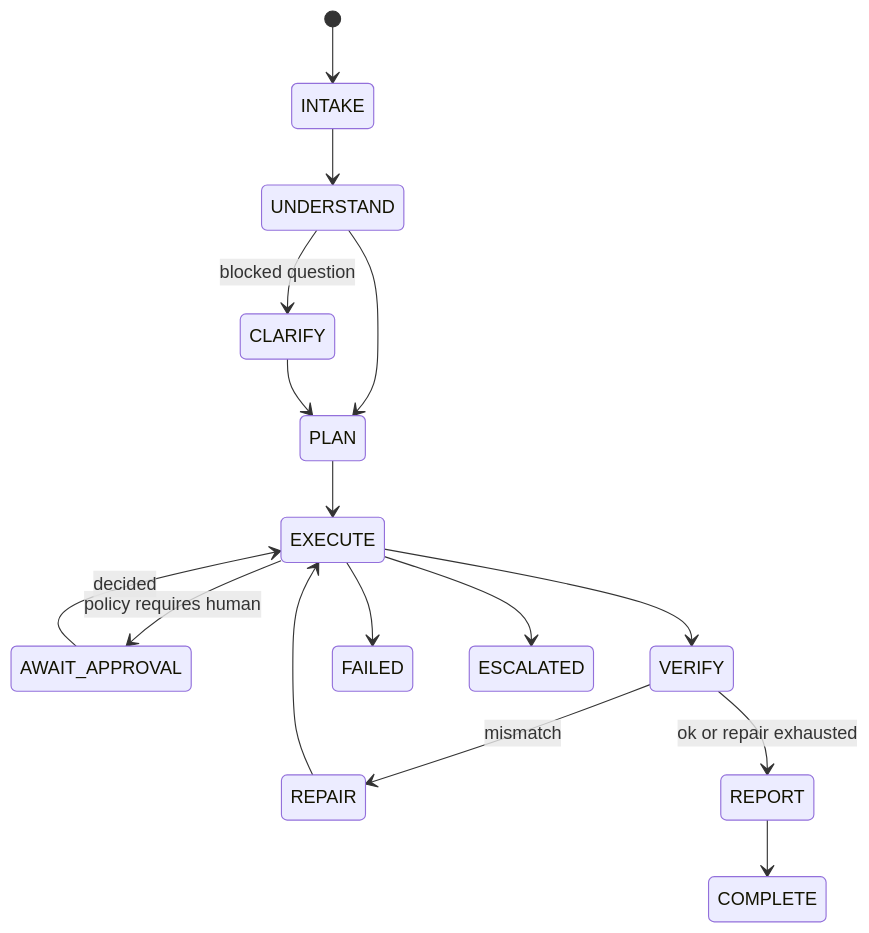
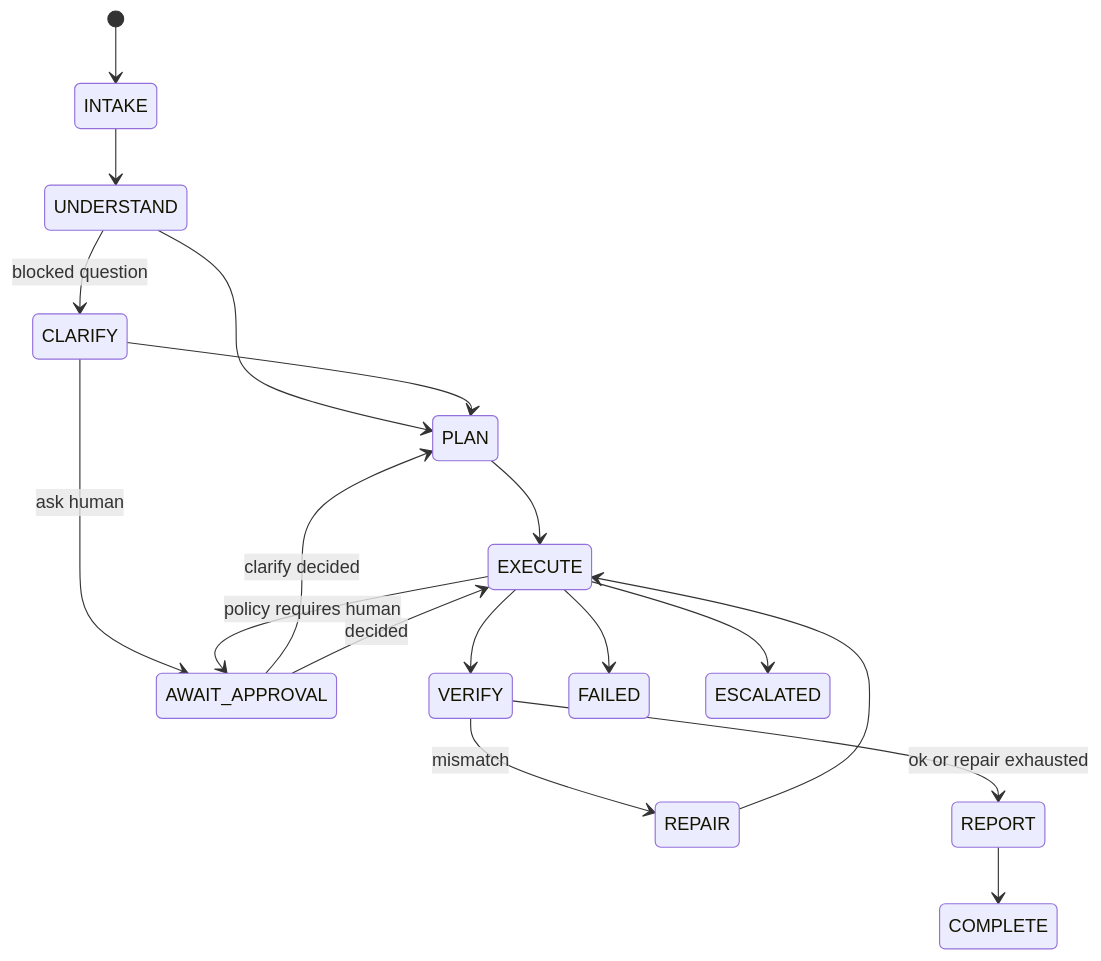
One commit to Strider1881/Arka changed the first of 3 diagrams in docs/ARCHITECTURE.md. Above: the diagram before and after it, drawn with Mermaid. The commit also changed other lines of this file and 32 other files, not shown here.

````diff
--- a/docs/ARCHITECTURE.md
+++ b/docs/ARCHITECTURE.md
@@ -8,18 +8,20 @@
 ```mermaid
 stateDiagram-v2
     [*] --> INTAKE
     INTAKE --> UNDERSTAND
     UNDERSTAND --> PLAN
     UNDERSTAND --> CLARIFY: blocked question
     CLARIFY --> PLAN
+    CLARIFY --> AWAIT_APPROVAL: ask human
+    AWAIT_APPROVAL --> PLAN: clarify decided
     PLAN --> EXECUTE
     EXECUTE --> AWAIT_APPROVAL: policy requires human
     AWAIT_APPROVAL --> EXECUTE: decided
     EXECUTE --> VERIFY
     VERIFY --> REPAIR: mismatch
     REPAIR --> EXECUTE
     VERIFY --> REPORT: ok or repair exhausted
     REPORT --> COMPLETE
     EXECUTE --> FAILED
     EXECUTE --> ESCALATED
 ```
````
